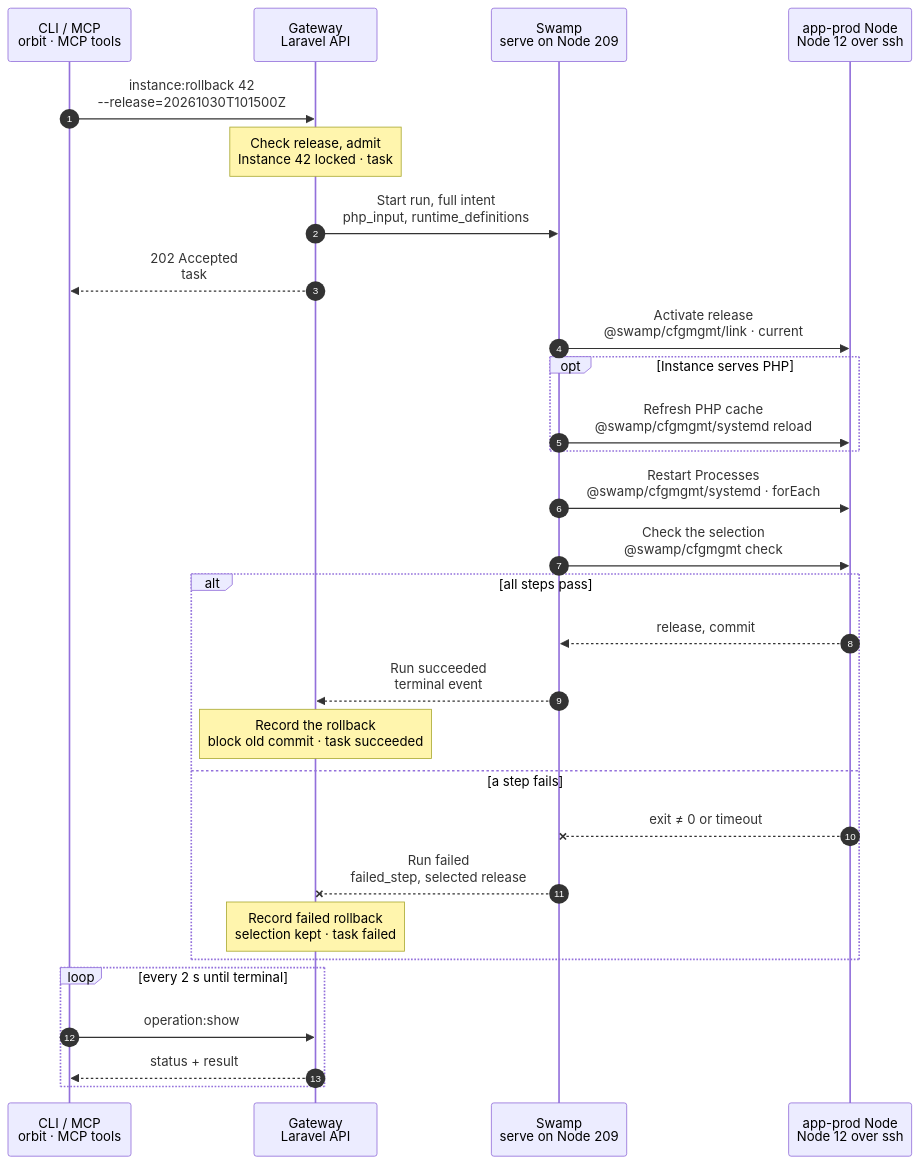
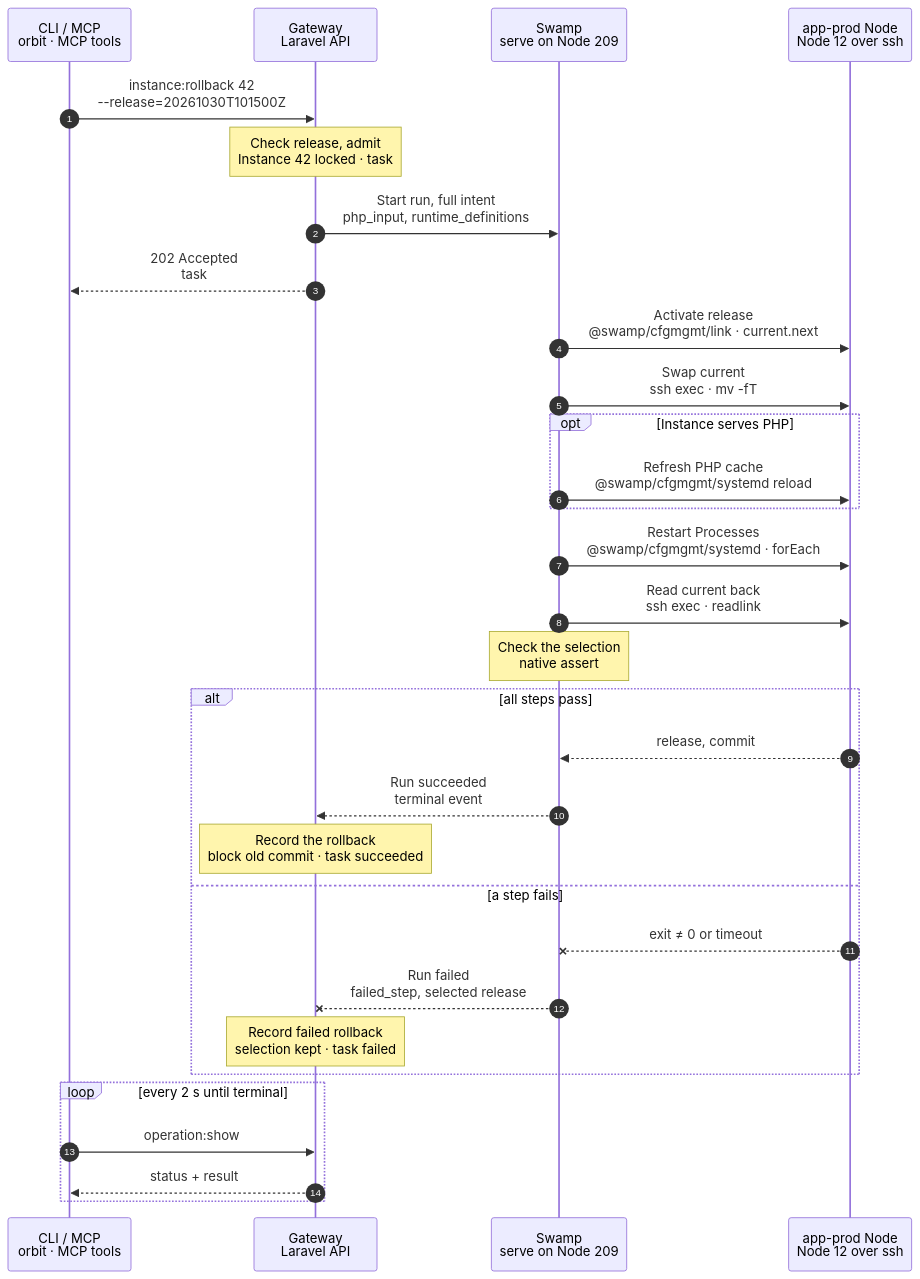
Before and after one commit to hardimpactdev/orbit: the diagram in docs/cli/instance/rollback.mmd, drawn with Mermaid. The commit also changed 7 other files, not shown here.

First line of the commit message:
fix(instance): rollback renames current.next over current in one atomic step

```diff
--- a/docs/cli/instance/rollback.mmd
+++ b/docs/cli/instance/rollback.mmd
@@ -1,122 +1,131 @@
 sequenceDiagram
   %% Target design: ADR 0244 task + full intent as inputs, single-swamp-node; DECISIONS 4 / R1-R4 (process.stop shape), round 2 (admit instead of refuse; php_input and runtime_definitions as inputs), 3 (rollback removes the auto-deploy schedule); rule 7 (reload over restart, restart_on_deploy only). docs/reference/deployments.md#roll-back.
   %% Tightened: flow-tighten 2026-11-02, rules 5, 16, 22 (no release read: the Gateway records retained releases and holds the Instance lock; cfgmgmt link/systemd).
   %% status: migrated
   %% command: instance:rollback
   %% kind: instance.rollback
   autonumber
   %% lane CLI icon=terminal pill=caller tone=gray
   %% lane GW icon=gateway pill=intent tone=blue
   %% lane SW icon=workflow pill=executes tone=green
   %% lane N icon=server pill=target tone=amber
   participant CLI as CLI / MCP<br/>orbit · MCP tools
   participant GW as Gateway<br/>Laravel API
   participant SW as Swamp<br/>serve on Node 209
   participant N as app-prod Node<br/>Node 12 over ssh
   CLI->>GW: instance:rollback 42<br/>--release=20261030T101500Z
   %%> Command:
   %%> - `orbit instance:rollback 42 --release=20261030T101500Z`
   %%> - syntax: `<instance> --release=NAME [--idempotency-key=KEY] [--json]`
   %%> Input:
   %%> - the Instance, and one retained release name from `instance:release:list 42`
   %%> Who can call it:
   %%> - the `orbit` CLI and the MCP tool send the same request
   Note over GW: Check release, admit<br/>Instance 42 locked · task #5151
   %%> Requirements:
   %%> - your Node has an access grant to Node 12
   %%> - Instance 42 is a production Instance; else `deployment_config.unavailable`
   %%> - Instance 42 retains release `20261030T101500Z`; else `rollback.release_not_retained` and nothing changes
   %%> - no started operation holds Instance 42; else `operation.target_busy`
   %%> Wins over:
   %%> - a deploy that no worker has started; it ends `cancelled` with `operation.superseded`
   %%> Freezes:
   %%> - `php_input`: the PHP runtime and pool of Instance 42
   %%> - `runtime_definitions`: its Process and Schedule definitions
   %%> - the account `orbit-app-7` and its home
   %%> Result:
   %%> - deployment 89 recorded as a running rollback; task #5151 recorded with the full intent
   %%> - automatic deployment pauses, and its schedule is removed
   GW->>SW: Start run, full intent<br/>php_input, runtime_definitions
   %%> What it does:
   %%> - starts one run of `operation-instance-rollback` on Swamp serve (Node 209); every step runs there
   %%> Inputs:
   %%> - Node 12's address and SSH host keys; the SSH identity comes from the `swamp` role
   %%> - the release name, `php_input` and `runtime_definitions`
   %%> Not included:
   %%> - no GitHub token and no `.env`: a rollback fetches nothing and writes no environment
   %%> Budget:
   %%> - 900 s
   GW-->>CLI: 202 Accepted<br/>task #5151
   %%> What you get:
   %%> - the task number, at once
   %%> Next:
   %%> - the CLI follows the task until it ends
-  SW->>N: Activate release<br/>@swamp/cfgmgmt/link · current
+  SW->>N: Activate release<br/>@swamp/cfgmgmt/link · current.next
   %%> How:
   %%> - Swamp reaches Node 12 over `@swamp/ssh` from 209 with `@swamp/cfgmgmt/link`; nothing is copied to the Node
   %%> Why no read first:
   %%> - the Gateway's retained-release records come from deploy results, and Instance 42's lock keeps a deploy's cleanup from removing the release meanwhile
   %%> What it does:
-  %%> - checks each served web root and its `.env` links in the release, and adds a missing link
-  %%> - replaces the `current` link with one atomic rename
+  %%> - adds each served application's missing `.env` link in the release
+  %%> - writes `current.next`, owned by `orbit-app-7`, pointing at `releases/20261030T101500Z`
+  %%> When a link fails:
+  %%> - `current.next` is not written, and `current` keeps the old release
+  SW->>N: Swap current<br/>ssh exec · mv -fT
+  %%> What it does:
+  %%> - renames `current.next` over `current` with one atomic rename, so `current` always exists
+  %%> - the link keeps its owner
   %%> Cancel:
   %%> - a cancel before this step stops the rollback; after it, the rollback finishes
   opt Instance serves PHP
     SW->>N: Refresh PHP cache<br/>@swamp/cfgmgmt/systemd reload
     %%> What it does:
     %%> - converges the dedicated PHP-FPM pool from `php_input`
     %%> - reloads it gracefully, so running requests finish; then resets OPcache and waits for it
     %%> When a restart is needed:
     %%> - only when the pool's runtime itself differs, such as the PHP version
   end
   SW->>N: Restart Processes<br/>@swamp/cfgmgmt/systemd · forEach
   %%> What it does:
   %%> - installs `runtime_definitions`, in the `process.create` and `schedule.create` shape
   %%> - for each running Process with `restart_on_deploy`: reload when the Process allows it, else restart
   %%> Not included:
   %%> - Processes without `restart_on_deploy`, and stopped Processes, stay as they are
   %%> - no deploy step, no Git fetch, no database change
-  SW->>N: Check the selection<br/>@swamp/cfgmgmt check
+  SW->>N: Read current back<br/>ssh exec · readlink
   %%> What it does:
-  %%> - reads `current` back and checks it selects `20261030T101500Z`
-  %%> - checks that each restarted Process is active
+  %%> - reads the live `current` link on Node 12
+  Note over SW: Check the selection<br/>native assert
+  %%> What it does:
+  %%> - checks the link read back is `releases/20261030T101500Z`
+  %%> - each restarted Process was checked by its own restart
   alt all steps pass
     N-->>SW: release, commit
     %%> Returns:
     %%> - the selected release, its commit, and the restarted Processes
     SW-->>GW: Run succeeded<br/>terminal event
     %%> How the Gateway learns it:
     %%> - its shared run reader sees the terminal event; Swamp never calls the Gateway
     Note over GW: Record the rollback<br/>block old commit · task succeeded
     %%> Result:
     %%> - deployment 89 succeeds with the release and its commit
     %%> - the commit it moved away from is blocked for automatic deploys
     %%> - automatic deployment stays paused until `instance:auto-deploy:enable 42`
     %%> - task #5151 succeeds
   else a step fails
     N--xSW: exit ≠ 0 or timeout
     %%> When:
     %%> - the release is gone, a check or reload fails, SSH fails, or 900 s run out
     SW--xGW: Run failed<br/>failed_step, selected release
     %%> The Gateway reads:
     %%> - which step failed and its error code
     %%> - which release `current` selects now
     Note over GW: Record failed rollback<br/>selection kept · task failed
     %%> Result:
     %%> - deployment 89 is marked failed; task #5151 fails
     %%> - the old commit is still blocked, and automatic deployment stays paused
     %%> On the Node:
     %%> - a failure before activation keeps the old selection
     %%> - a failure after it keeps the rollback release selected
     %%> - Orbit restores no data; you own application recovery
     %%> Retry:
     %%> - run the same command again after a fix; it is a new task and safe to repeat
   end
   loop every 2 s until terminal
     CLI->>GW: operation:show #5151
     %%> What it does:
     %%> - asks for the task's status until it has ended
     GW-->>CLI: status + result
     %%> Returns:
     %%> - the current status, and the result once the task has ended
   end
```
